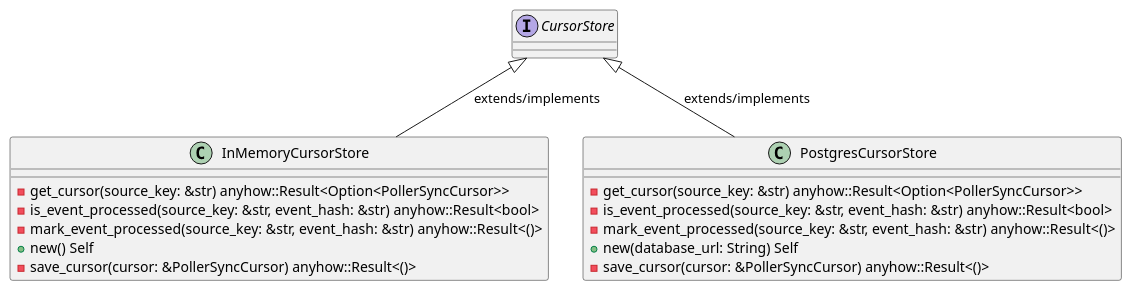
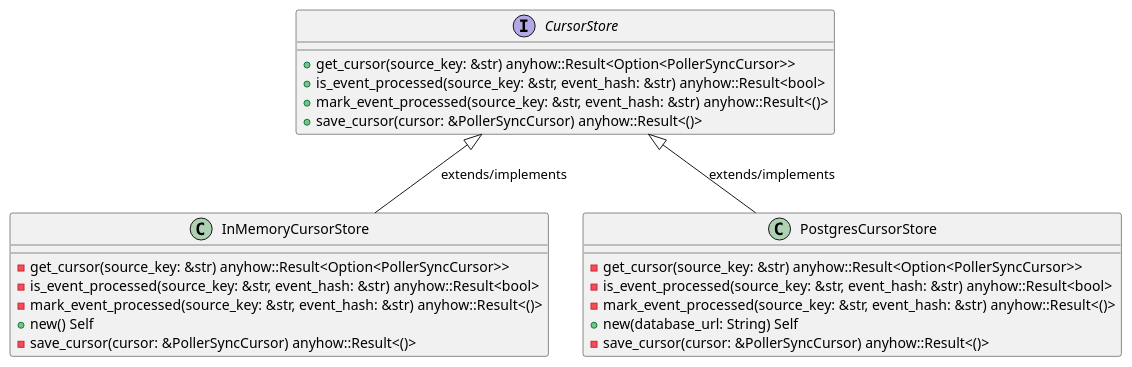
One commit to lgcorzo/rust_CACD_autonomous_factory changed the first of 6 diagrams in openwiki/crates_factory_infrastructure_src_cursor_store.md. Above: the diagram before and after it, drawn with PlantUML. The commit also changed other lines of this file and 96 other files, not shown here.

````diff
--- a/openwiki/crates_factory_infrastructure_src_cursor_store.md
+++ b/openwiki/crates_factory_infrastructure_src_cursor_store.md
@@ -129,23 +249,27 @@
 ```plantuml
 @startuml
 interface CursorStore {
+    +get_cursor(source_key: &str) anyhow::Result<Option<PollerSyncCursor>>
+    +is_event_processed(source_key: &str, event_hash: &str) anyhow::Result<bool>
+    +mark_event_processed(source_key: &str, event_hash: &str) anyhow::Result<()>
+    +save_cursor(cursor: &PollerSyncCursor) anyhow::Result<()>
 }
 class InMemoryCursorStore {
     -get_cursor(source_key: &str) anyhow::Result<Option<PollerSyncCursor>>
     -is_event_processed(source_key: &str, event_hash: &str) anyhow::Result<bool>
     -mark_event_processed(source_key: &str, event_hash: &str) anyhow::Result<()>
     +new() Self
     -save_cursor(cursor: &PollerSyncCursor) anyhow::Result<()>
 }
 CursorStore <|-- InMemoryCursorStore : extends/implements
 class PostgresCursorStore {
     -get_cursor(source_key: &str) anyhow::Result<Option<PollerSyncCursor>>
     -is_event_processed(source_key: &str, event_hash: &str) anyhow::Result<bool>
     -mark_event_processed(source_key: &str, event_hash: &str) anyhow::Result<()>
     +new(database_url: String) Self
     -save_cursor(cursor: &PollerSyncCursor) anyhow::Result<()>
 }
 CursorStore <|-- PostgresCursorStore : extends/implements
 @enduml
 
 ```
````
